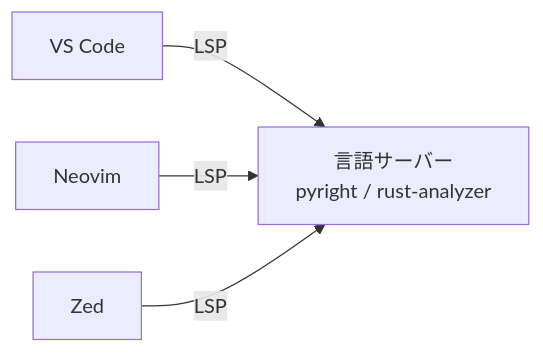
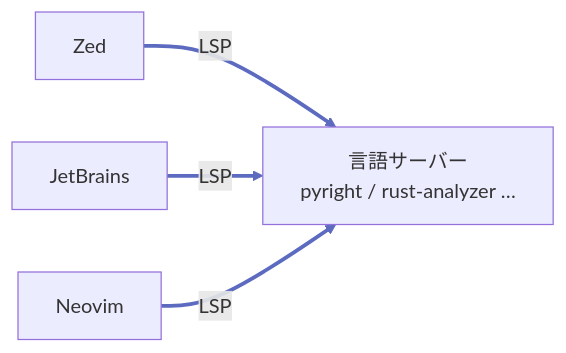
The first of 6 diagrams in docs/acp/index.md (MtkN1/codespaces-blank), drawn with Mermaid before and after one commit. The commit also changed other lines of this file and 8 other files, not shown here.

````diff
--- a/docs/acp/index.md
+++ b/docs/acp/index.md
@@ -9,4 +11,5 @@
-    ```mermaid
-    flowchart LR
-        E1["VS Code"] & E2["Neovim"] & E3["Zed"] -- "LSP" --> L["言語サーバー<br/>pyright / rust-analyzer"]
-    ```
+```mermaid
+flowchart LR
+    E1["Zed"] & E2["JetBrains"] & E3["Neovim"] -- "LSP" --> L["言語サーバー<br/>pyright / rust-analyzer …"]
+    linkStyle 0,1,2 stroke:#5c6bc0,stroke-width:3px
+```
````
